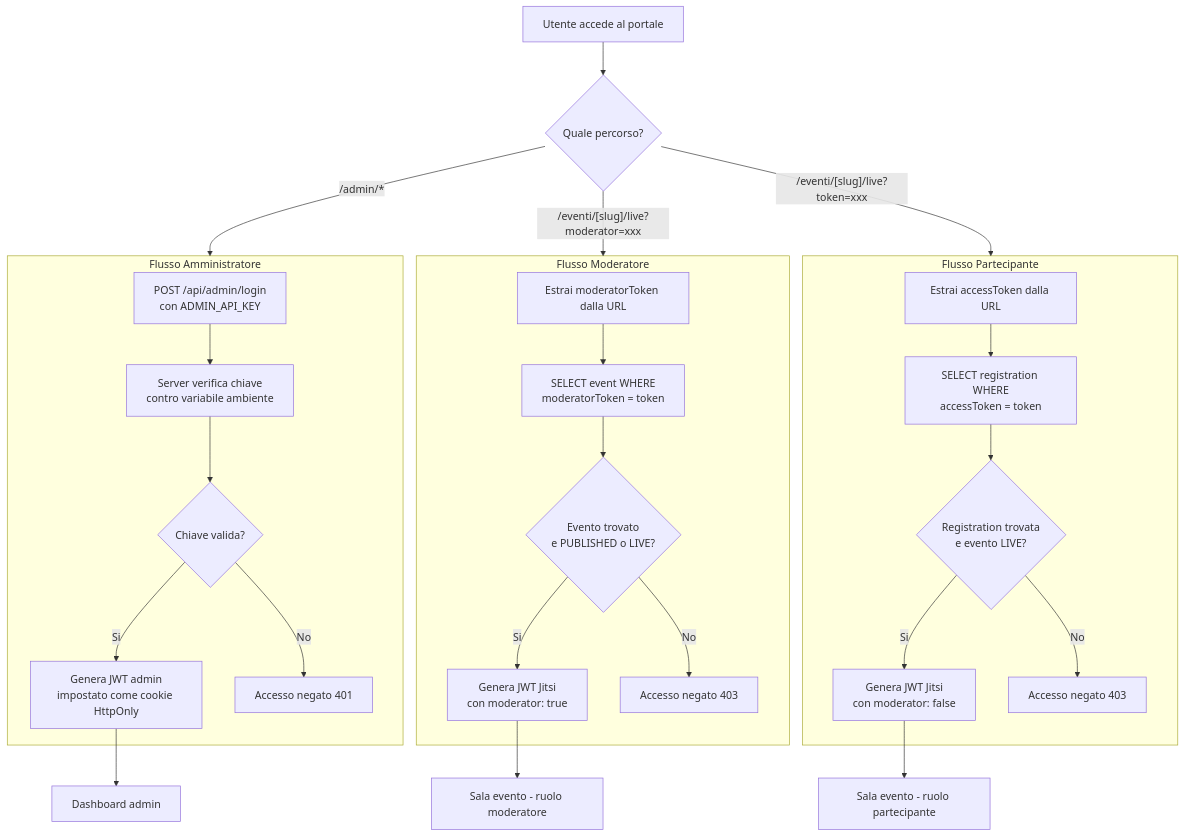
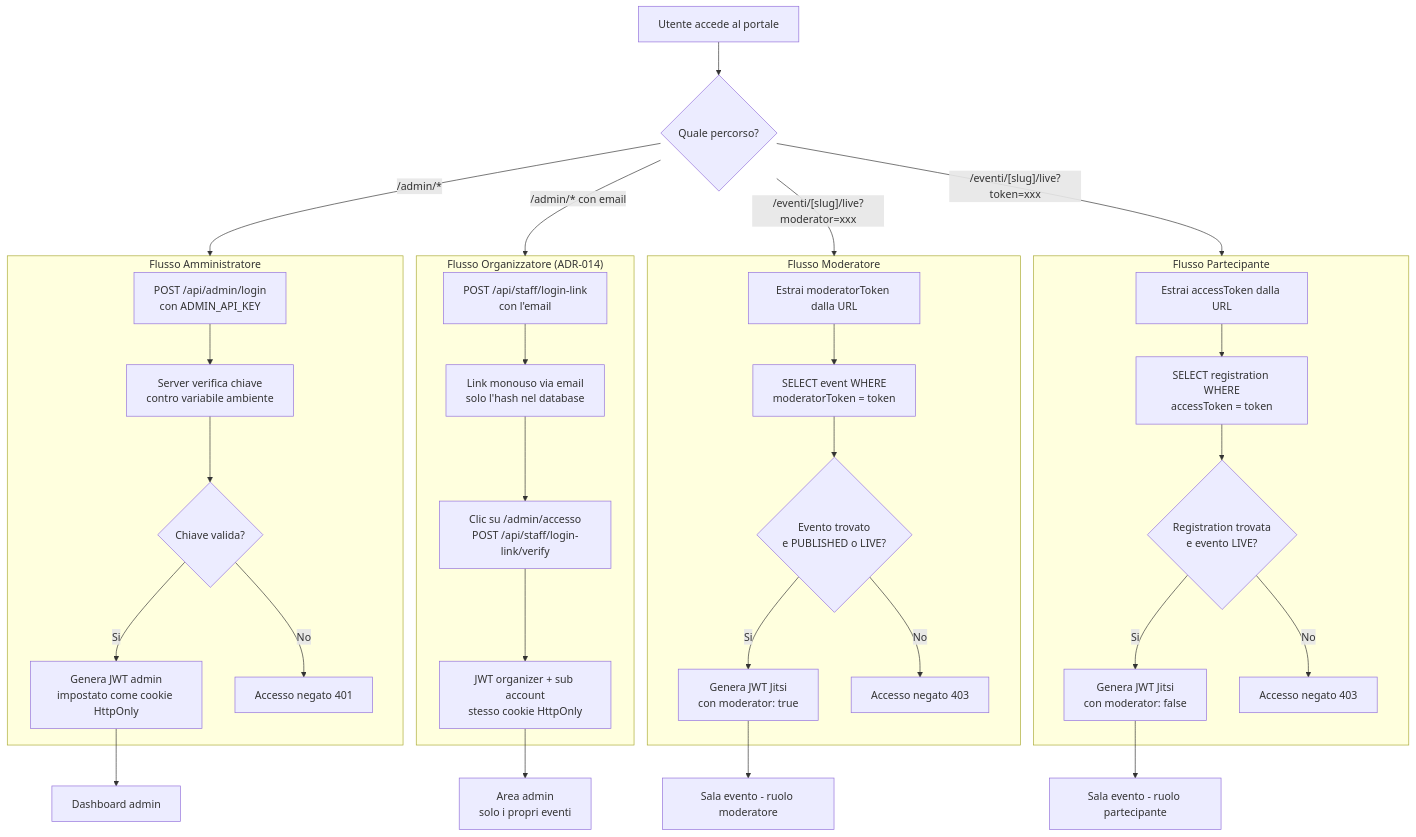
Diagram 12 of 19 in docs/ARCHITECTURE.md (italia/pa-webinar), drawn with Mermaid before and after one commit. The commit also changed 143 other files, not shown here.

````diff
--- a/docs/ARCHITECTURE.md
+++ b/docs/ARCHITECTURE.md
@@ -721,45 +721,55 @@
 ```mermaid
 flowchart TD
     START["Utente accede al portale"] --> CHECK{"Quale percorso?"}
 
     CHECK -- "/admin/*" --> ADMIN_FLOW
+    CHECK -- "/admin/* con email" --> ORG_FLOW
     CHECK -- "/eventi/[slug]/live?moderator=xxx" --> MOD_FLOW
     CHECK -- "/eventi/[slug]/live?token=xxx" --> PART_FLOW
 
     subgraph ADMIN_FLOW["Flusso Amministratore"]
         A1["POST /api/admin/login<br/>con ADMIN_API_KEY"]
         A2["Server verifica chiave<br/>contro variabile ambiente"]
         A3{"Chiave valida?"}
         A4["Genera JWT admin<br/>impostato come cookie HttpOnly"]
         A5["Accesso negato 401"]
         A1 --> A2 --> A3
         A3 -- "Si" --> A4
         A3 -- "No" --> A5
+    end
+
+    subgraph ORG_FLOW["Flusso Organizzatore (ADR-014)"]
+        O1["POST /api/staff/login-link<br/>con l'email"]
+        O2["Link monouso via email<br/>solo l'hash nel database"]
+        O3["Clic su /admin/accesso<br/>POST /api/staff/login-link/verify"]
+        O4["JWT organizer + sub account<br/>stesso cookie HttpOnly"]
+        O1 --> O2 --> O3 --> O4
     end
 
     subgraph MOD_FLOW["Flusso Moderatore"]
         M1["Estrai moderatorToken dalla URL"]
         M2["SELECT event WHERE<br/>moderatorToken = token"]
         M3{"Evento trovato<br/>e PUBLISHED o LIVE?"}
         M4["Genera JWT Jitsi<br/>con moderator: true"]
         M5["Accesso negato 403"]
         M1 --> M2 --> M3
         M3 -- "Si" --> M4
         M3 -- "No" --> M5
     end
 
     subgraph PART_FLOW["Flusso Partecipante"]
         P1["Estrai accessToken dalla URL"]
         P2["SELECT registration WHERE<br/>accessToken = token"]
         P3{"Registration trovata<br/>e evento LIVE?"}
         P4["Genera JWT Jitsi<br/>con moderator: false"]
         P5["Accesso negato 403"]
         P1 --> P2 --> P3
         P3 -- "Si" --> P4
         P3 -- "No" --> P5
     end
 
     A4 --> DASHBOARD["Dashboard admin"]
+    O4 --> OWN["Area admin<br/>solo i propri eventi"]
     M4 --> ROOM_MOD["Sala evento - ruolo moderatore"]
     P4 --> ROOM_PART["Sala evento - ruolo partecipante"]
 ```
````
